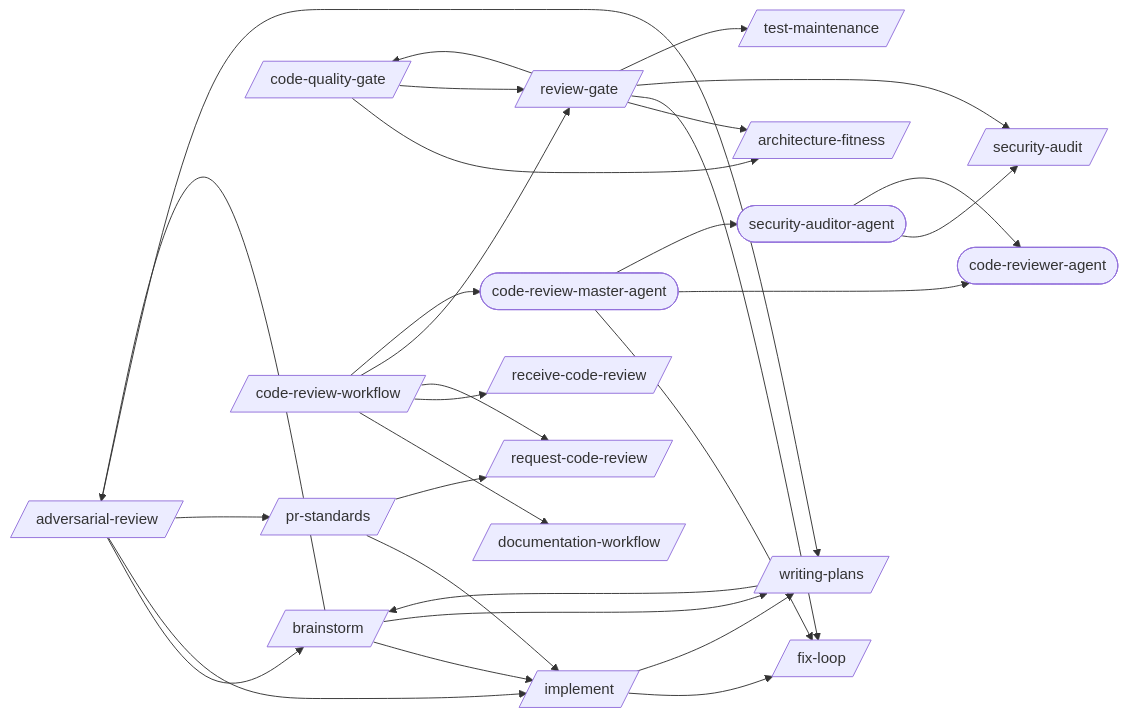
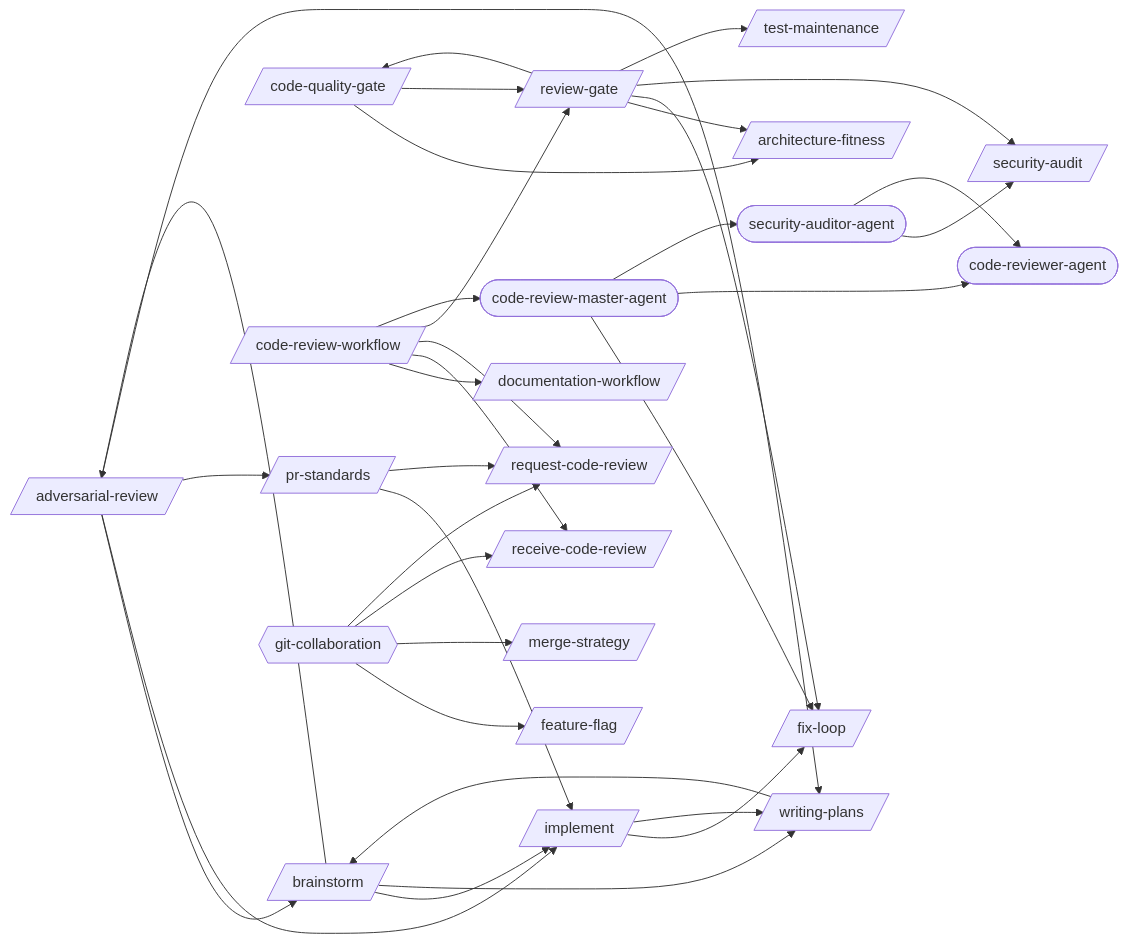
One commit to abhayla/claude-best-practices changed the first of 21 diagrams in docs/workflows/code-review.md. Above: the diagram before and after it, drawn with Mermaid. The commit also changed other lines of this file and 13 other files, not shown here.

````diff
--- a/docs/workflows/code-review.md
+++ b/docs/workflows/code-review.md
@@ -9,50 +9,57 @@
 ```mermaid
 graph LR
     adversarial_review[/adversarial-review/]
     architecture_fitness[/architecture-fitness/]
     brainstorm[/brainstorm/]
     code_quality_gate[/code-quality-gate/]
     code_review_workflow[/code-review-workflow/]
     documentation_workflow[/documentation-workflow/]
+    feature_flag[/feature-flag/]
     fix_loop[/fix-loop/]
     implement[/implement/]
+    merge_strategy[/merge-strategy/]
     pr_standards[/pr-standards/]
     receive_code_review[/receive-code-review/]
     request_code_review[/request-code-review/]
     review_gate[/review-gate/]
     security_audit[/security-audit/]
     test_maintenance[/test-maintenance/]
     writing_plans[/writing-plans/]
     code_review_master_agent([code-review-master-agent])
     code_reviewer_agent([code-reviewer-agent])
     security_auditor_agent([security-auditor-agent])
+    git_collaboration{{git-collaboration}}
     adversarial_review --> brainstorm
     adversarial_review --> implement
     adversarial_review --> pr_standards
     adversarial_review --> writing_plans
     brainstorm --> adversarial_review
     brainstorm --> implement
     brainstorm --> writing_plans
     code_quality_gate --> architecture_fitness
     code_quality_gate --> review_gate
     code_review_workflow --> documentation_workflow
     code_review_workflow --> receive_code_review
     code_review_workflow --> request_code_review
     code_review_workflow --> review_gate
     code_review_workflow --> code_review_master_agent
     implement --> fix_loop
     implement --> writing_plans
     pr_standards --> implement
     pr_standards --> request_code_review
     review_gate --> architecture_fitness
     review_gate --> code_quality_gate
     review_gate --> fix_loop
     review_gate --> security_audit
     review_gate --> test_maintenance
     writing_plans --> brainstorm
     code_review_master_agent --> fix_loop
     code_review_master_agent --> code_reviewer_agent
     code_review_master_agent --> security_auditor_agent
     security_auditor_agent --> security_audit
     security_auditor_agent --> code_reviewer_agent
+    git_collaboration --> feature_flag
+    git_collaboration --> merge_strategy
+    git_collaboration --> receive_code_review
+    git_collaboration --> request_code_review
 ```
````
